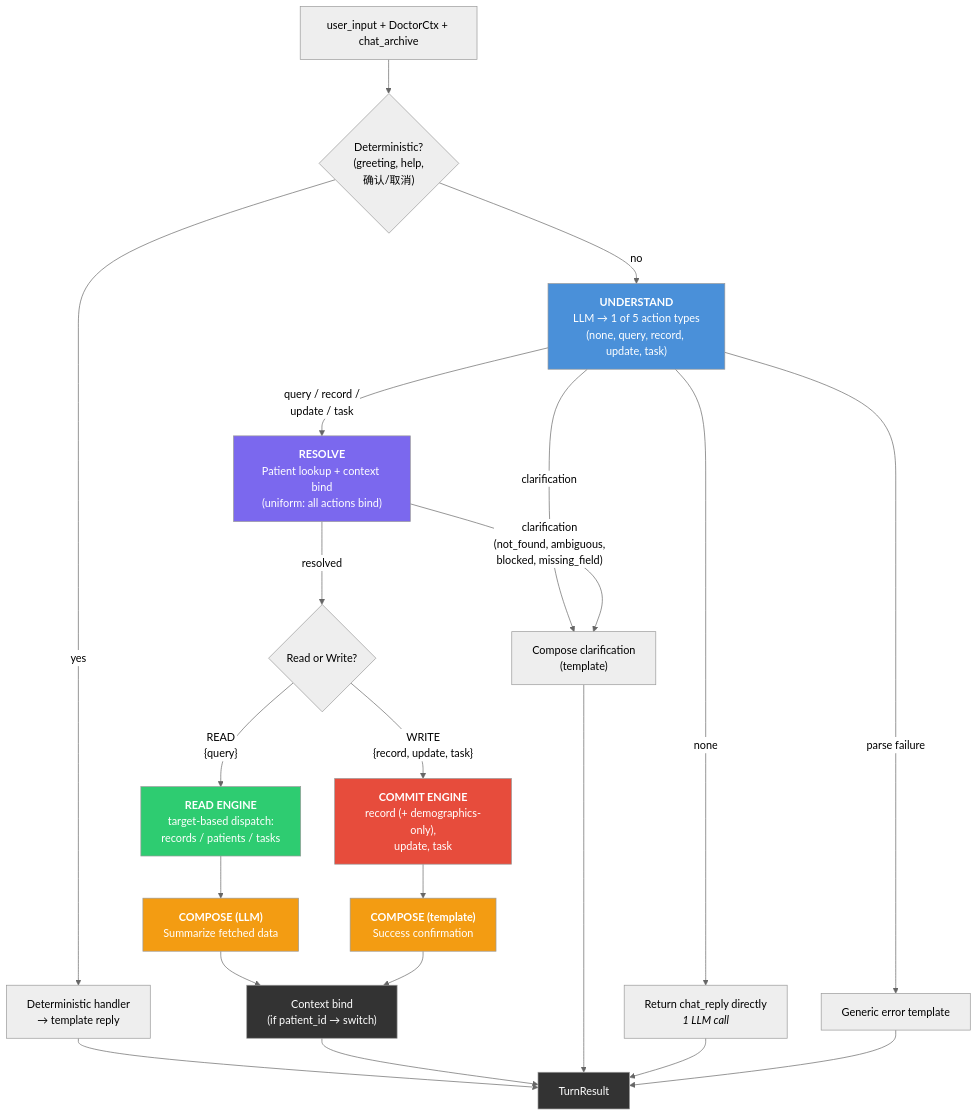
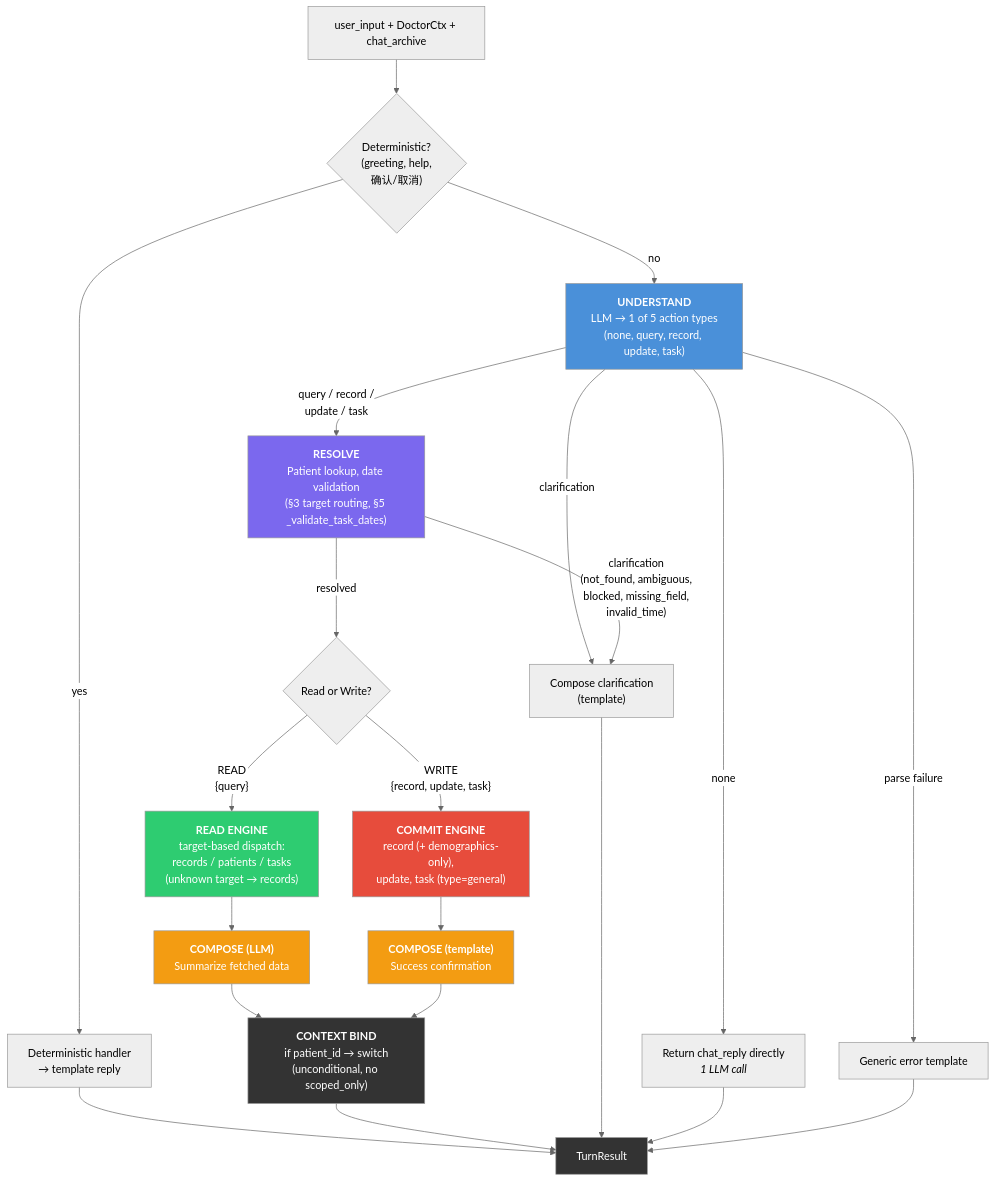
One commit to moments8890/doctor-ai-agent changed the first of 11 diagrams in docs/adr/0013-architecture-diagram.md. Above: the diagram before and after it, drawn with Mermaid (neutral theme). The commit also changed other lines of this file, not shown here.

First line of the commit message:
docs: rewrite ADR 0013 diagrams to match ADR decisions

````diff
--- a/docs/adr/0013-architecture-diagram.md
+++ b/docs/adr/0013-architecture-diagram.md
@@ -8,56 +8,56 @@
 ```mermaid
 flowchart TD
     input["user_input + DoctorCtx + chat_archive"]
 
     %% Pre-pipeline deterministic handler
     input --> det{"Deterministic?<br/>(greeting, help,<br/>确认/取消)"}
     det -->|yes| det_handler["Deterministic handler<br/>→ template reply"]
     det -->|no| understand
 
     %% Understand phase
     understand["<b>UNDERSTAND</b><br/>LLM → 1 of 5 action types<br/>(none, query, record, update, task)"]
 
     understand -->|"none"| direct_reply["Return chat_reply directly<br/><i>1 LLM call</i>"]
     understand -->|"clarification"| clarify_compose["Compose clarification<br/>(template)"]
     understand -->|"parse failure"| error_template["Generic error template"]
     understand -->|"query / record /<br/>update / task"| resolve
 
     %% Execute phase - Resolve
-    resolve["<b>RESOLVE</b><br/>Patient lookup + context bind<br/>(uniform: all actions bind)"]
+    resolve["<b>RESOLVE</b><br/>Patient lookup, date validation<br/>(§3 target routing, §5 _validate_task_dates)"]
 
-    resolve -->|"clarification<br/>(not_found, ambiguous,<br/>blocked, missing_field)"| clarify_compose
+    resolve -->|"clarification<br/>(not_found, ambiguous,<br/>blocked, missing_field,<br/>invalid_time)"| clarify_compose
     resolve -->|"resolved"| dispatch{"Read or Write?"}
 
     dispatch -->|"READ<br/>{query}"| read_engine
     dispatch -->|"WRITE<br/>{record, update, task}"| commit_engine
 
     %% Read engine
-    read_engine["<b>READ ENGINE</b><br/>target-based dispatch:<br/>records / patients / tasks"]
+    read_engine["<b>READ ENGINE</b><br/>target-based dispatch:<br/>records / patients / tasks<br/>(unknown target → records)"]
 
     %% Commit engine
-    commit_engine["<b>COMMIT ENGINE</b><br/>record (+ demographics-only),<br/>update, task"]
+    commit_engine["<b>COMMIT ENGINE</b><br/>record (+ demographics-only),<br/>update, task (type=general)"]
 
     %% Compose phase
     read_engine --> compose_llm["<b>COMPOSE (LLM)</b><br/>Summarize fetched data"]
     commit_engine --> compose_template["<b>COMPOSE (template)</b><br/>Success confirmation"]
 
-    %% Context bind (unconditional)
-    compose_llm --> bind["Context bind<br/>(if patient_id → switch)"]
+    %% Context bind (unconditional — ADR 0013 §2)
+    compose_llm --> bind["<b>CONTEXT BIND</b><br/>if patient_id → switch<br/>(unconditional, no scoped_only)"]
     compose_template --> bind
 
     det_handler --> turn_result["TurnResult"]
     bind --> turn_result
     clarify_compose --> turn_result
     direct_reply --> turn_result
     error_template --> turn_result
 
     %% Styling
     style understand fill:#4a90d9,color:#fff
     style resolve fill:#7b68ee,color:#fff
     style read_engine fill:#2ecc71,color:#fff
     style commit_engine fill:#e74c3c,color:#fff
     style compose_llm fill:#f39c12,color:#fff
     style compose_template fill:#f39c12,color:#fff
     style bind fill:#333,color:#fff
     style turn_result fill:#333,color:#fff
 ```
````
